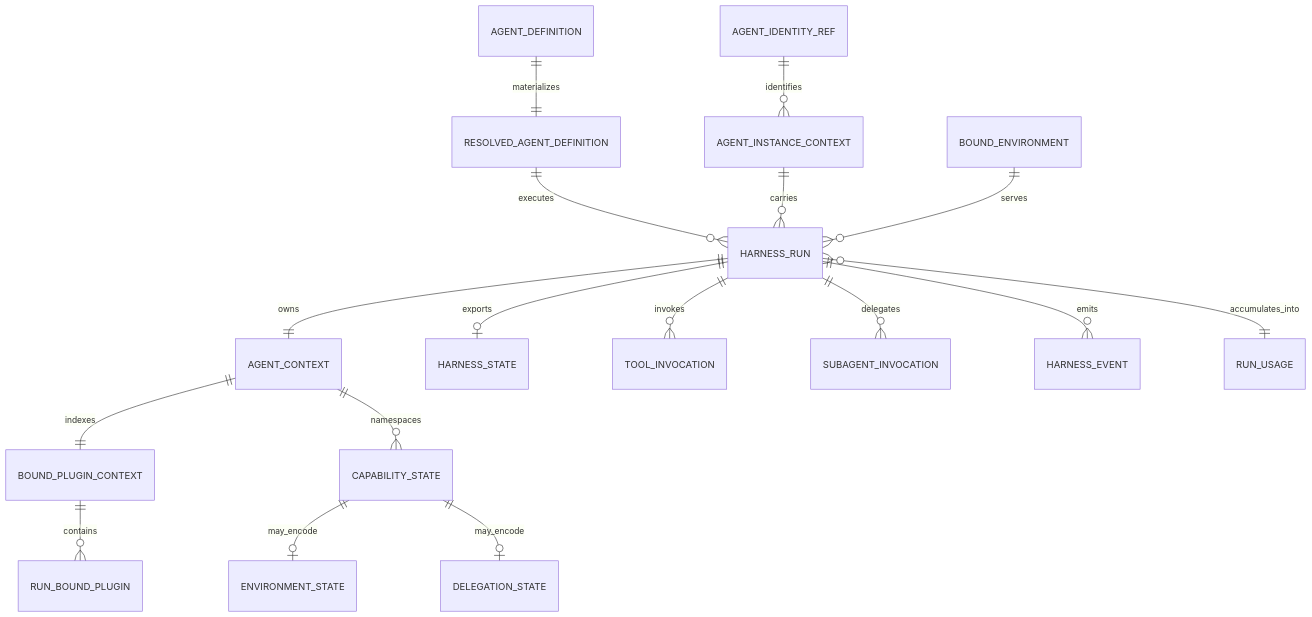
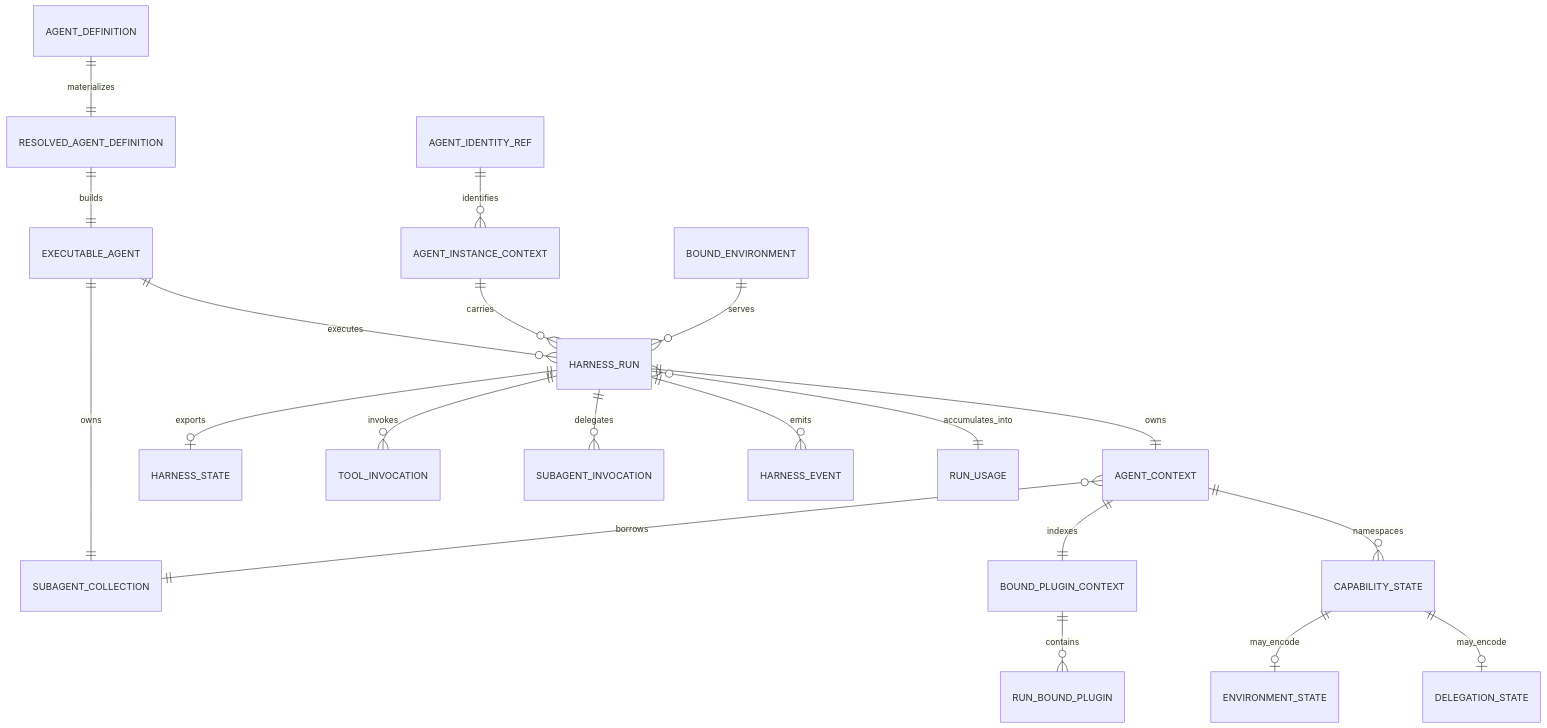
Before and after one commit to LTThreeComma/agent-foundation: the first of 2 diagrams in spec/agent-harness/02-domain-model.md, drawn with Mermaid. The commit also changed other lines of this file and 19 other files, not shown here.

Commit message:
feat(harness): define extension and subagent runtime contracts

````diff
--- a/spec/agent-harness/02-domain-model.md
+++ b/spec/agent-harness/02-domain-model.md
@@ -7,19 +7,22 @@
 ```mermaid
 erDiagram
     AGENT_DEFINITION ||--|| RESOLVED_AGENT_DEFINITION : materializes
-    RESOLVED_AGENT_DEFINITION ||--o{ HARNESS_RUN : executes
+    RESOLVED_AGENT_DEFINITION ||--|| EXECUTABLE_AGENT : builds
+    EXECUTABLE_AGENT ||--|| SUBAGENT_COLLECTION : owns
+    EXECUTABLE_AGENT ||--o{ HARNESS_RUN : executes
     AGENT_IDENTITY_REF ||--o{ AGENT_INSTANCE_CONTEXT : identifies
     AGENT_INSTANCE_CONTEXT ||--o{ HARNESS_RUN : carries
     HARNESS_RUN ||--|| AGENT_CONTEXT : owns
+    AGENT_CONTEXT }o--|| SUBAGENT_COLLECTION : borrows
     AGENT_CONTEXT ||--|| BOUND_PLUGIN_CONTEXT : indexes
     BOUND_PLUGIN_CONTEXT ||--o{ RUN_BOUND_PLUGIN : contains
     AGENT_CONTEXT ||--o{ CAPABILITY_STATE : namespaces
     CAPABILITY_STATE ||--o| ENVIRONMENT_STATE : may_encode
     CAPABILITY_STATE ||--o| DELEGATION_STATE : may_encode
     HARNESS_RUN ||--o| HARNESS_STATE : exports
     HARNESS_RUN ||--o{ TOOL_INVOCATION : invokes
     HARNESS_RUN ||--o{ SUBAGENT_INVOCATION : delegates
     HARNESS_RUN ||--o{ HARNESS_EVENT : emits
     HARNESS_RUN }o--|| RUN_USAGE : accumulates_into
     BOUND_ENVIRONMENT ||--o{ HARNESS_RUN : serves
 ```
````
